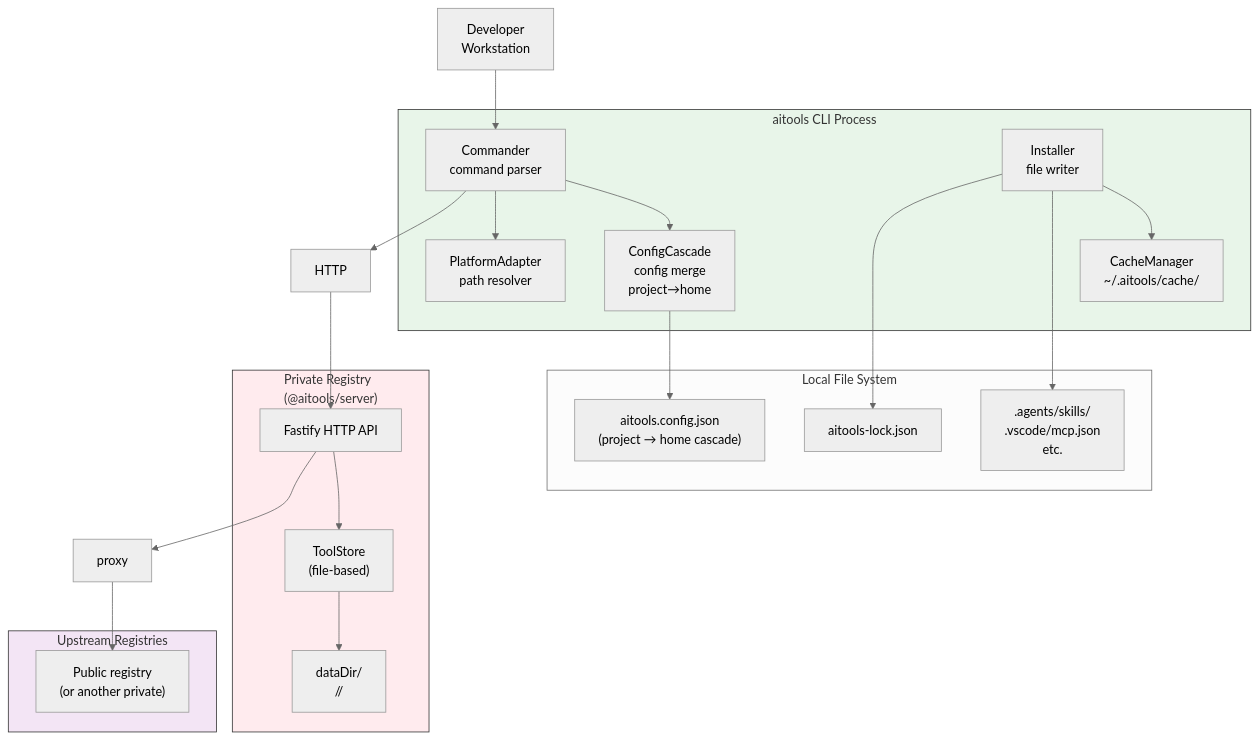
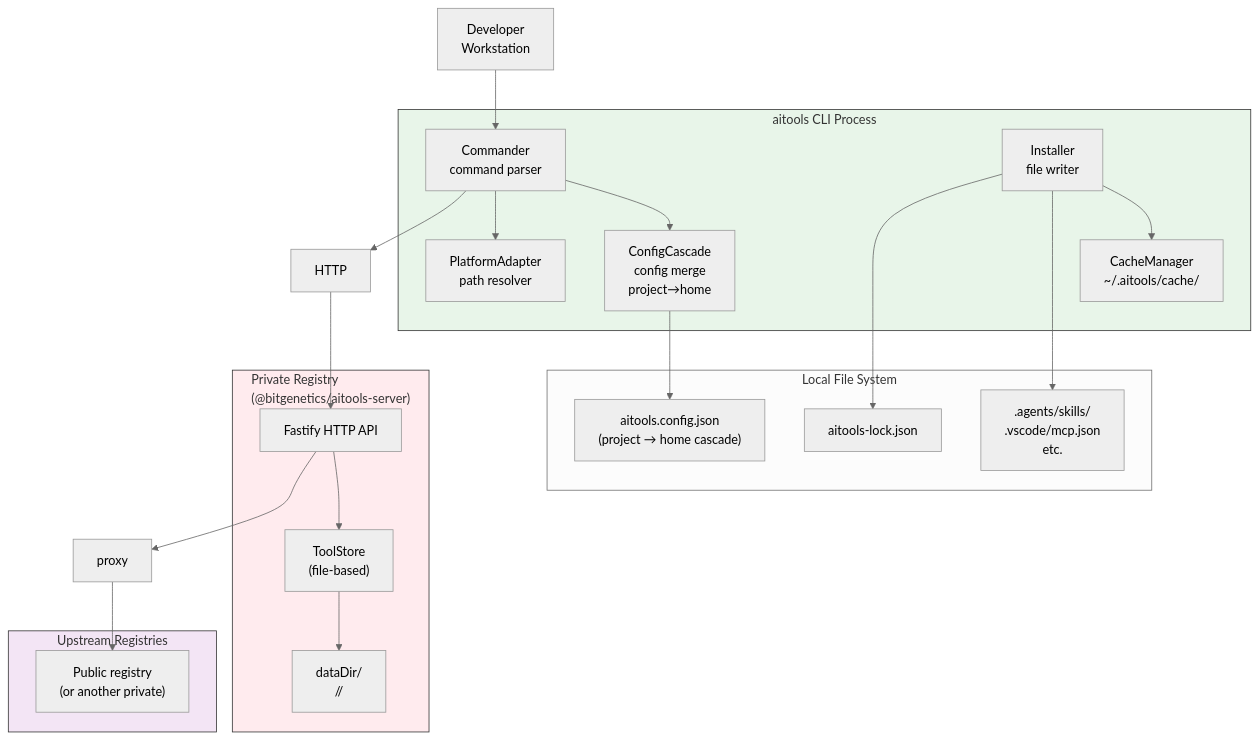
The second of 4 diagrams in docs/design/system-architecture.md (bitgenetics/aitools), drawn with Mermaid (neutral theme) before and after one commit. The commit also changed other lines of this file and 159 other files, not shown here.

````diff
--- a/docs/design/system-architecture.md
+++ b/docs/design/system-architecture.md
@@ -51,44 +51,44 @@
 ```mermaid
 graph TD
     dev["Developer<br/>Workstation"]
 
     subgraph cli_process["aitools CLI Process"]
         cli["Commander<br/>command parser"]
         cfg["ConfigCascade<br/>config merge<br/>project→home"]
         adp["PlatformAdapter<br/>path resolver"]
         inst["Installer<br/>file writer"]
         cache["CacheManager<br/>~/.aitools/cache/"]
     end
 
     subgraph fs["Local File System"]
         project_files[".agents/skills/<br/>.vscode/mcp.json<br/>etc."]
         lock["aitools-lock.json"]
         config_files["aitools.config.json<br/>(project → home cascade)"]
     end
 
-    subgraph private_registry["Private Registry<br/>(@aitools/server)"]
+    subgraph private_registry["Private Registry<br/>(@bitgenetics/aitools-server)"]
         api["Fastify HTTP API"]
         store["ToolStore<br/>(file-based)"]
         data["dataDir/<br/><name>/<version>/"]
     end
 
     subgraph upstream["Upstream Registries"]
         pub["Public registry<br/>(or another private)"]
     end
 
     dev --> cli
     cfg --> config_files
     cli --> cfg
     cli --> adp
     inst --> cache
     inst --> project_files
     inst --> lock
     cli --> HTTP --> api
     api --> store
     store --> data
     api --> proxy --> pub
 
     style cli_process fill:#e8f5e9,stroke:#333,strokeWidth:2px
     style private_registry fill:#ffebee,stroke:#333,strokeWidth:2px
     style upstream fill:#f3e5f5,stroke:#333,strokeWidth:2px
 ```
````
